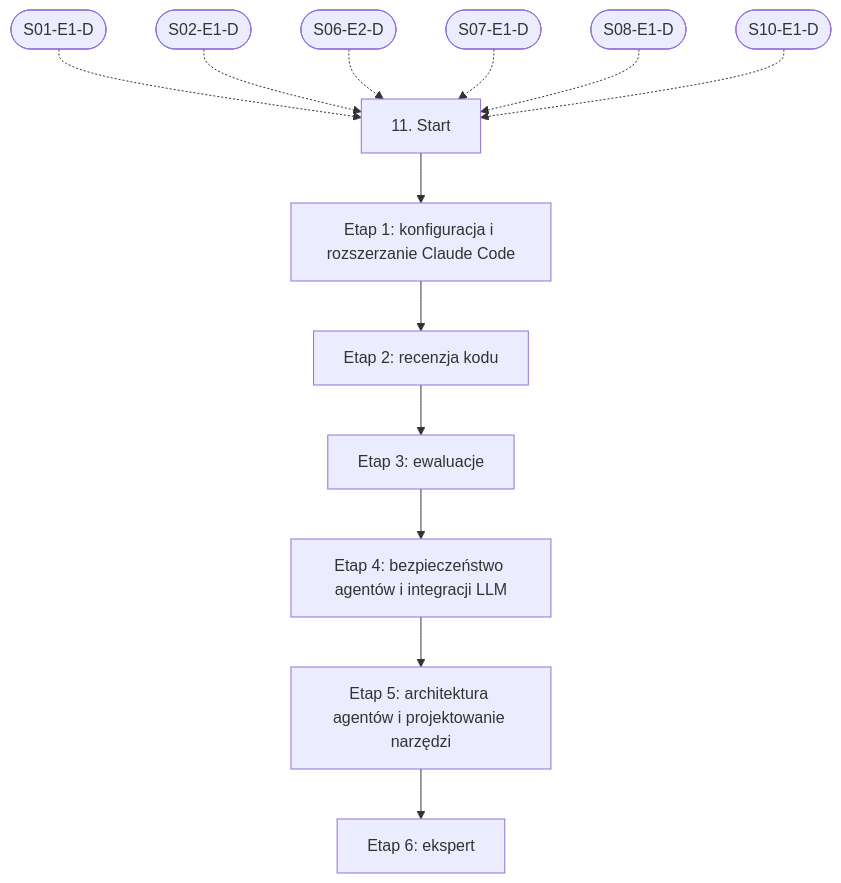
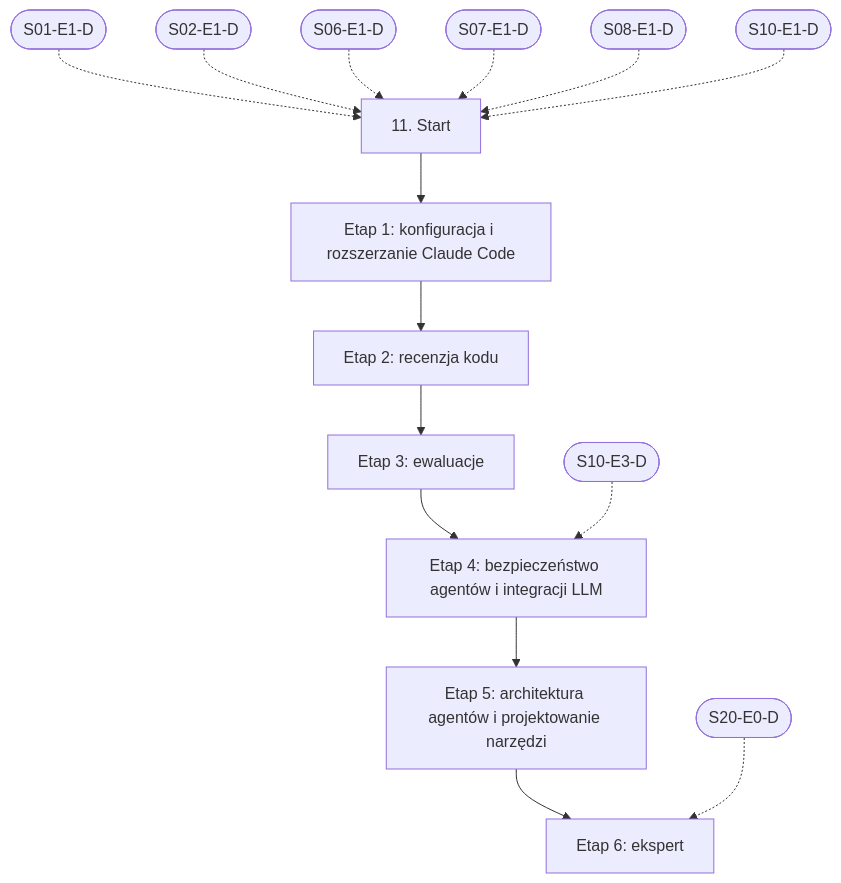
The diagram in linear/11-weryfikacja-pracy-ai-i-budowa-procesu.md (danjarosz/software-development-learning-path), drawn with Mermaid before and after one commit. The commit also changed other lines of this file and 65 other files, not shown here.

First line of the commit message:
feat: popraw ścieżki nauki po przeglądzie i dodaj NestJS, FastAPI i GraphQL

````diff
--- a/linear/11-weryfikacja-pracy-ai-i-budowa-procesu.md
+++ b/linear/11-weryfikacja-pracy-ai-i-budowa-procesu.md
@@ -92,22 +88,24 @@
 ```mermaid
 flowchart TD
   START["11. Start"]
   E1["Etap 1: konfiguracja i rozszerzanie Claude Code"]
   E2["Etap 2: recenzja kodu"]
   E3["Etap 3: ewaluacje"]
   E4["Etap 4: bezpieczeństwo agentów i integracji LLM"]
   E5["Etap 5: architektura agentów i projektowanie narzędzi"]
   E6["Etap 6: ekspert"]
   START --> E1
   E1 --> E2
   E2 --> E3
   E3 --> E4
+  XS10E3D(["S10-E3-D"]) -.-> E4
   E4 --> E5
   E5 --> E6
+  XS20E0D(["S20-E0-D"]) -.-> E6
   XS01E1D(["S01-E1-D"]) -.-> START
   XS02E1D(["S02-E1-D"]) -.-> START
-  XS06E2D(["S06-E2-D"]) -.-> START
+  XS06E1D(["S06-E1-D"]) -.-> START
   XS07E1D(["S07-E1-D"]) -.-> START
   XS08E1D(["S08-E1-D"]) -.-> START
   XS10E1D(["S10-E1-D"]) -.-> START
 ```
````
